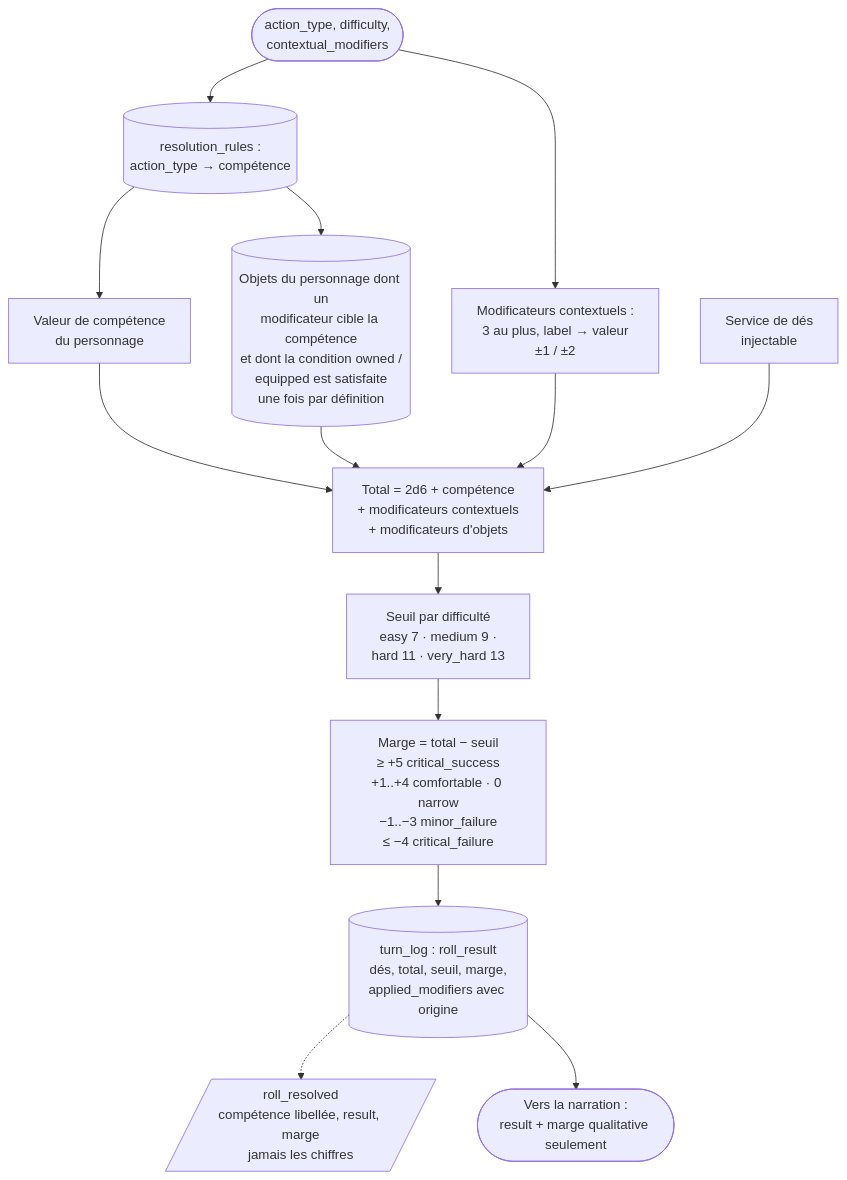
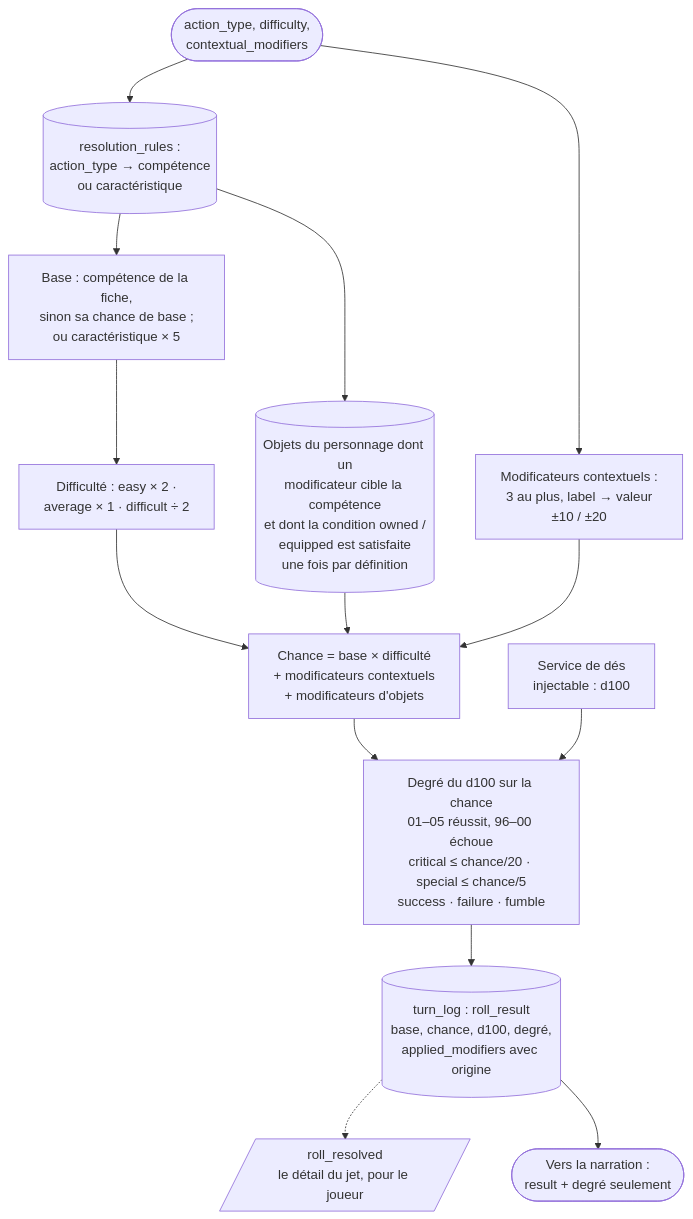
One commit to cyrilpointet/wanderlore changed the seventh of 14 diagrams in doc/flux-backend-tour-de-jeu-mj-virtuel.md. Above: the diagram before and after it, drawn with Mermaid. The commit also changed other lines of this file and 12 other files, not shown here.

````diff
--- a/doc/flux-backend-tour-de-jeu-mj-virtuel.md
+++ b/doc/flux-backend-tour-de-jeu-mj-virtuel.md
@@ -238,16 +240,16 @@
 ```mermaid
 flowchart TD
-    A([action_type, difficulty,<br/>contextual_modifiers]) --> B[(resolution_rules :<br/>action_type → compétence)]
-    B --> C[Valeur de compétence<br/>du personnage]
-    A --> K[Modificateurs contextuels :<br/>3 au plus, label → valeur<br/>±1 / ±2]
+    A([action_type, difficulty,<br/>contextual_modifiers]) --> B[(resolution_rules :<br/>action_type → compétence<br/>ou caractéristique)]
+    B --> C[Base : compétence de la fiche,<br/>sinon sa chance de base ;<br/>ou caractéristique × 5]
+    C --> D[Difficulté : easy × 2 ·<br/>average × 1 · difficult ÷ 2]
+    A --> K[Modificateurs contextuels :<br/>3 au plus, label → valeur<br/>±10 / ±20]
     B --> I[(Objets du personnage dont un<br/>modificateur cible la compétence<br/>et dont la condition owned /<br/>equipped est satisfaite<br/>une fois par définition)]
-    C --> T["Total = 2d6 + compétence<br/>+ modificateurs contextuels<br/>+ modificateurs d'objets"]
+    D --> T["Chance = base × difficulté<br/>+ modificateurs contextuels<br/>+ modificateurs d'objets"]
     K --> T
     I --> T
-    DICE[Service de dés<br/>injectable] --> T
-    T --> S[Seuil par difficulté<br/>easy 7 · medium 9 ·<br/>hard 11 · very_hard 13]
-    S --> MG["Marge = total − seuil<br/>≥ +5 critical_success<br/>+1..+4 comfortable · 0 narrow<br/>−1..−3 minor_failure<br/>≤ −4 critical_failure"]
-    MG --> L[(turn_log : roll_result<br/>dés, total, seuil, marge,<br/>applied_modifiers avec origine)]
-    L -.-> SSE[/roll_resolved<br/>compétence libellée, result, marge<br/>jamais les chiffres/]
-    L --> O([Vers la narration :<br/>result + marge qualitative seulement])
+    DICE[Service de dés<br/>injectable : d100] --> R
+    T --> R["Degré du d100 sur la chance<br/>01–05 réussit, 96–00 échoue<br/>critical ≤ chance/20 · special ≤ chance/5<br/>success · failure · fumble"]
+    R --> L[(turn_log : roll_result<br/>base, chance, d100, degré,<br/>applied_modifiers avec origine)]
+    L -.-> SSE[/roll_resolved<br/>le détail du jet, pour le joueur/]
+    L --> O([Vers la narration :<br/>result + degré seulement])
 ```
````
